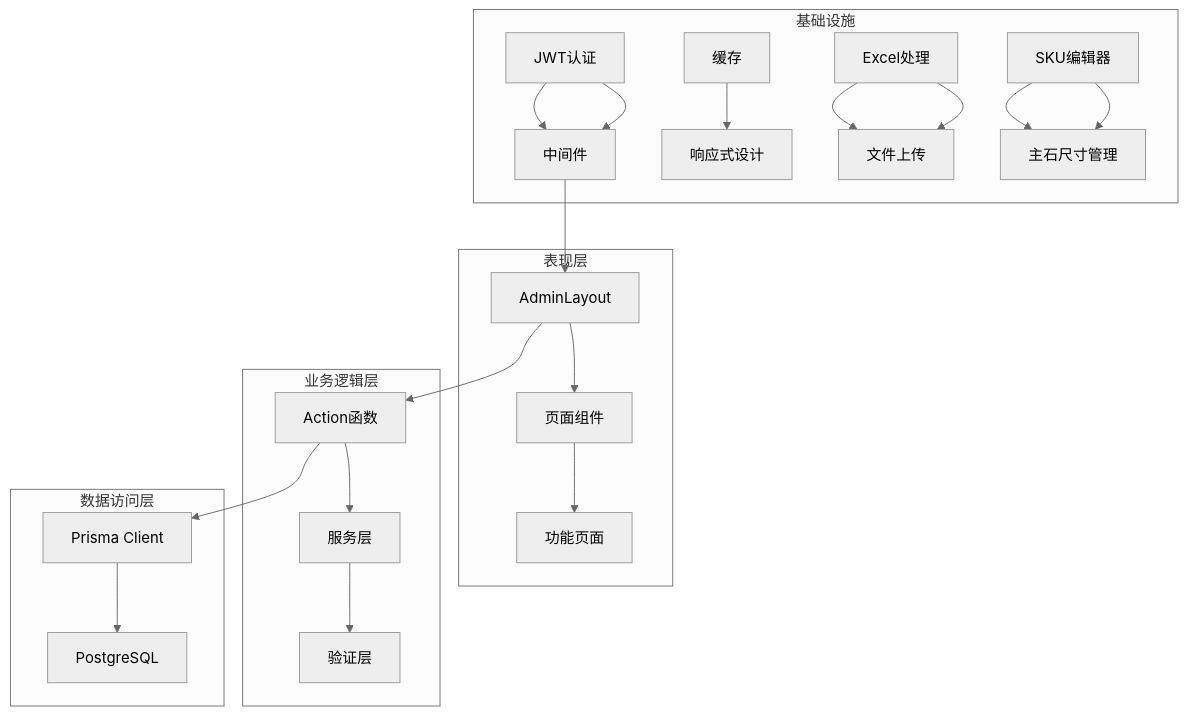
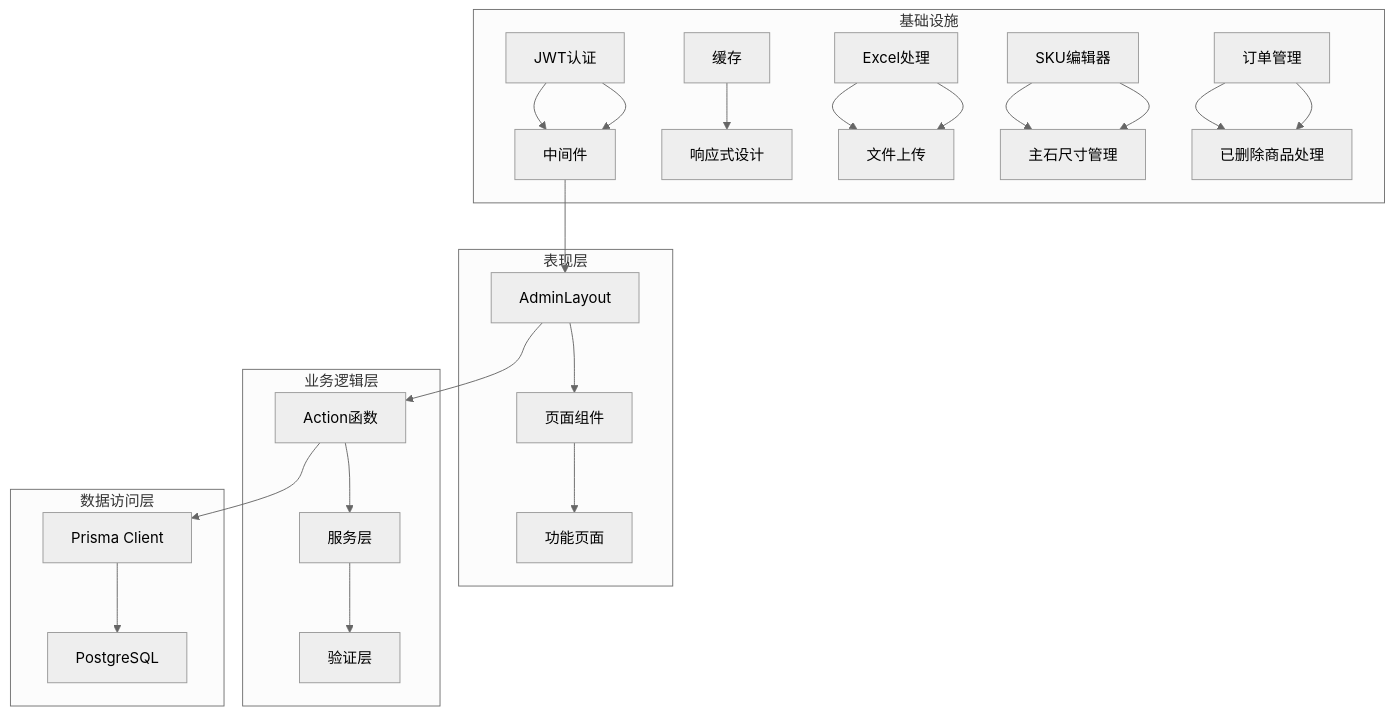
One commit to three3638-arch/celestia_2b changed the third of 11 diagrams in .qoder/repowiki/zh/content/管理后台系统/管理后台系统.md. Above: the diagram before and after it, drawn with Mermaid (neutral theme). The commit also changed other lines of this file and 5 other files, not shown here.

````diff
--- a/.qoder/repowiki/zh/content/管理后台系统/管理后台系统.md
+++ b/.qoder/repowiki/zh/content/管理后台系统/管理后台系统.md
@@ -236,26 +239,28 @@
 ```mermaid
 graph TB
 subgraph "表现层"
 A[AdminLayout] --> B[页面组件]
 B --> C[功能页面]
 end
 subgraph "业务逻辑层"
 D[Action函数] --> E[服务层]
 E --> F[验证层]
 end
 subgraph "数据访问层"
 G[Prisma Client] --> H[PostgreSQL]
 end
 subgraph "基础设施"
 I[JWT认证] --> J[中间件]
 K[缓存] --> L[响应式设计]
 M[Excel处理] --> N[文件上传]
 O[SKU编辑器] --> P[主石尺寸管理]
+Q[订单管理] --> R[已删除商品处理]
 end
 A --> D
 D --> G
 I --> J
 J --> A
 M --> N
 O --> P
+Q --> R
 ```
````
